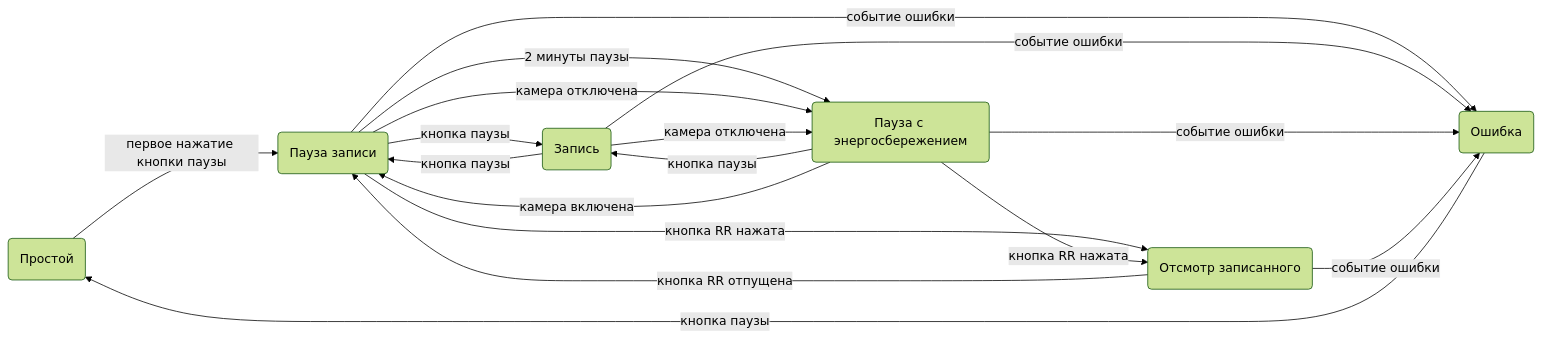
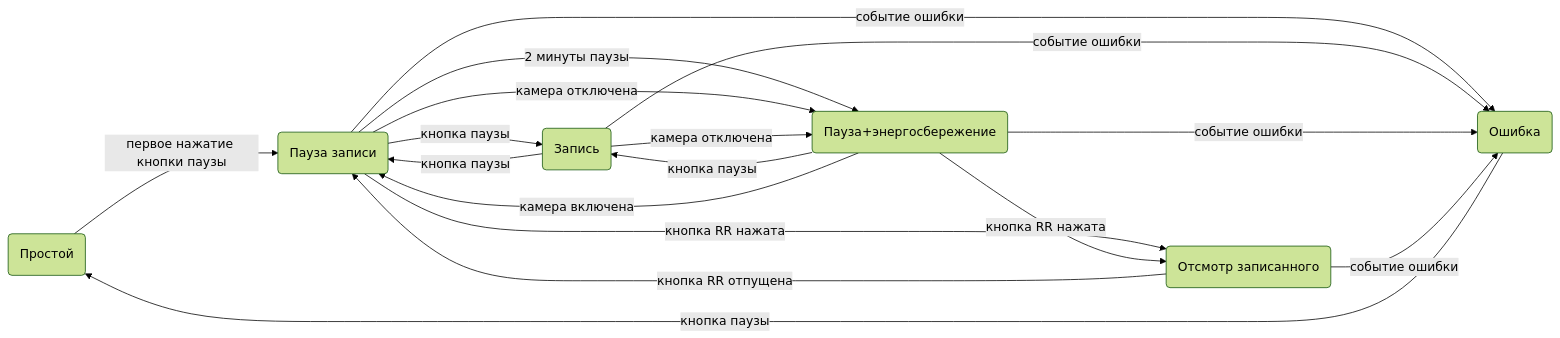
The first of 2 diagrams in README.ru.md (Fagear/Beta10Pin), drawn with Mermaid (forest theme) before and after one commit. The commit also changed other lines of this file and 1 other file, not shown here.

Commit message:
README typos fixed

````diff
--- a/README.ru.md
+++ b/README.ru.md
@@ -269,14 +269,14 @@
 ```mermaid
 flowchart LR;
     idIdle(Простой)-- первое нажатие кнопки паузы -->idPause(Пауза записи);
     idPause-- кнопка паузы -->idRec(Запись);
     idRec-- кнопка паузы -->idPause;
-    idPwrsv(Пауза с энергосбережением)-- кнопка паузы -->idRec;
+    idPwrsv(Пауза+энергосбережение)-- кнопка паузы -->idRec;
     idPause-- 2 минуты паузы -->idPwrsv;
     idPause & idRec-- камера отключена -->idPwrsv;
     idPwrsv-- камера включена -->idPause;
     idPause & idPwrsv-- кнопка RR нажата -->idRR(Отсмотр записанного);
     idRR-- кнопка RR отпущена -->idPause;
     idPause & idRec & idPwrsv & idRR-- событие ошибки -->idErr(Ошибка);
     idErr-- кнопка паузы -->idIdle;
 ```
````
